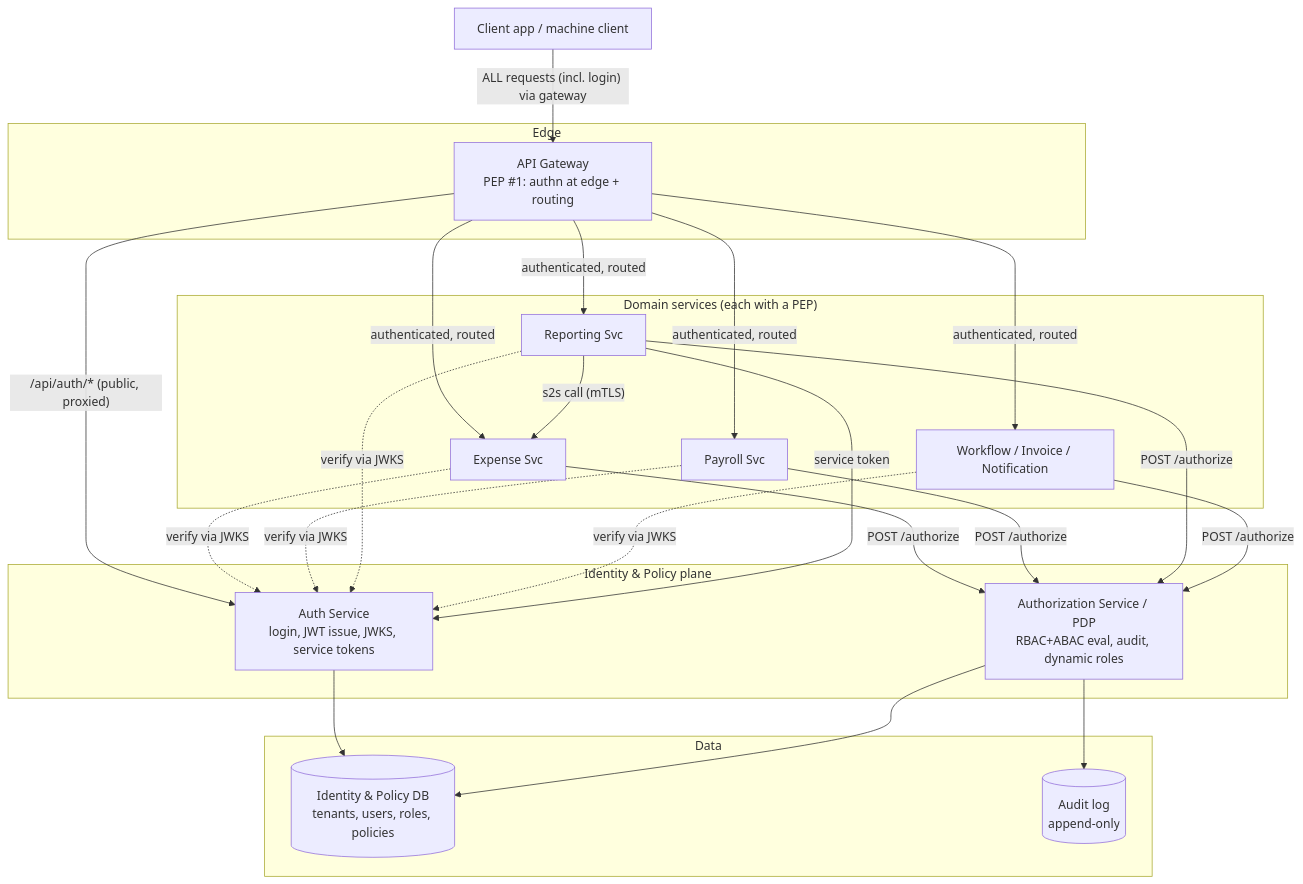
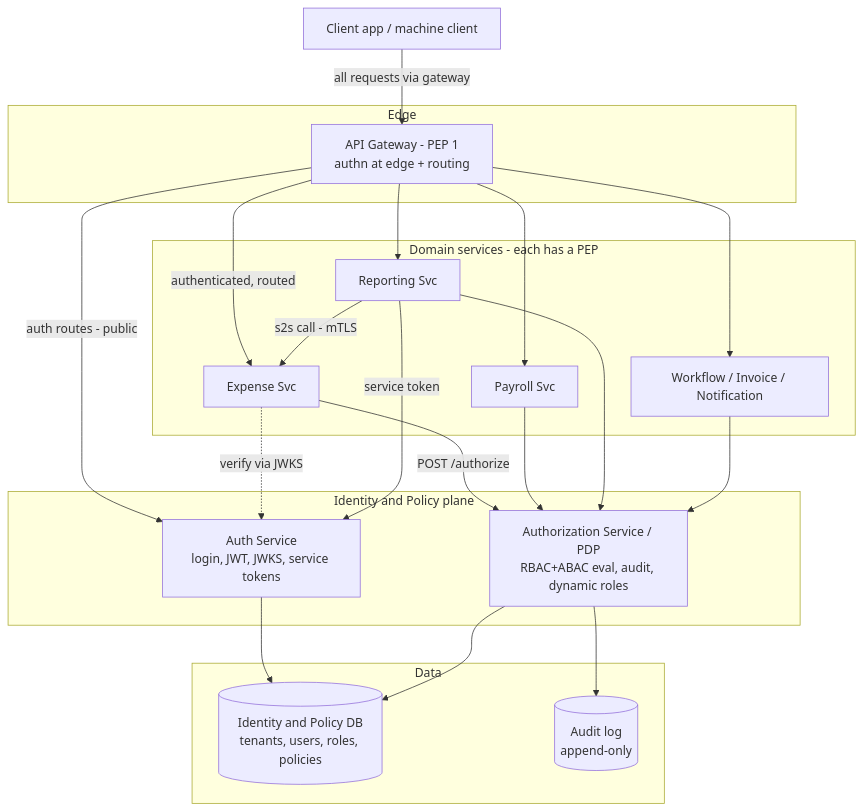
One commit to deepansh2908/access-management-system changed the first of 7 diagrams in docs/DESIGN.md. Above: the diagram before and after it, drawn with Mermaid. The commit also changed other lines of this file and 1 other file, not shown here.

First line of the commit message:
docs: simplify Mermaid diagrams so GitHub renders them

````diff
--- a/docs/DESIGN.md
+++ b/docs/DESIGN.md
@@ -94,32 +94,37 @@
 ```mermaid
 flowchart TB
   client["Client app / machine client"]
   subgraph Edge
-    gw["API Gateway<br/>PEP #1: authn at edge + routing"]
+    gw["API Gateway - PEP 1<br/>authn at edge + routing"]
   end
-  subgraph Identity["Identity & Policy plane"]
-    auth["Auth Service<br/>login, JWT issue, JWKS, service tokens"]
+  subgraph Identity["Identity and Policy plane"]
+    auth["Auth Service<br/>login, JWT, JWKS, service tokens"]
     pdp["Authorization Service / PDP<br/>RBAC+ABAC eval, audit, dynamic roles"]
   end
-  subgraph Domain["Domain services (each with a PEP)"]
+  subgraph Domain["Domain services - each has a PEP"]
     exp["Expense Svc"]
     pay["Payroll Svc"]
     rep["Reporting Svc"]
     other["Workflow / Invoice / Notification"]
   end
   subgraph Data
-    idstore[("Identity & Policy DB<br/>tenants, users, roles, policies")]
+    idstore[("Identity and Policy DB<br/>tenants, users, roles, policies")]
     audit[("Audit log<br/>append-only")]
   end
-
-  client -->|"ALL requests (incl. login) via gateway"| gw
-  gw -->|"/api/auth/* (public, proxied)"| auth
-  gw -->|"authenticated, routed"| exp & pay & rep & other
-  exp & pay & rep & other -->|"POST /authorize"| pdp
-  exp & pay & rep & other -. "verify via JWKS" .-> auth
+  client -->|"all requests via gateway"| gw
+  gw -->|"auth routes - public"| auth
+  gw -->|"authenticated, routed"| exp
+  gw --> pay
+  gw --> rep
+  gw --> other
+  exp -->|"POST /authorize"| pdp
+  pay --> pdp
+  rep --> pdp
+  other --> pdp
+  exp -.->|"verify via JWKS"| auth
   auth --> idstore
   pdp --> idstore
   pdp --> audit
   rep -->|"service token"| auth
-  rep -->|"s2s call (mTLS)"| exp
+  rep -->|"s2s call - mTLS"| exp
 ```
````
